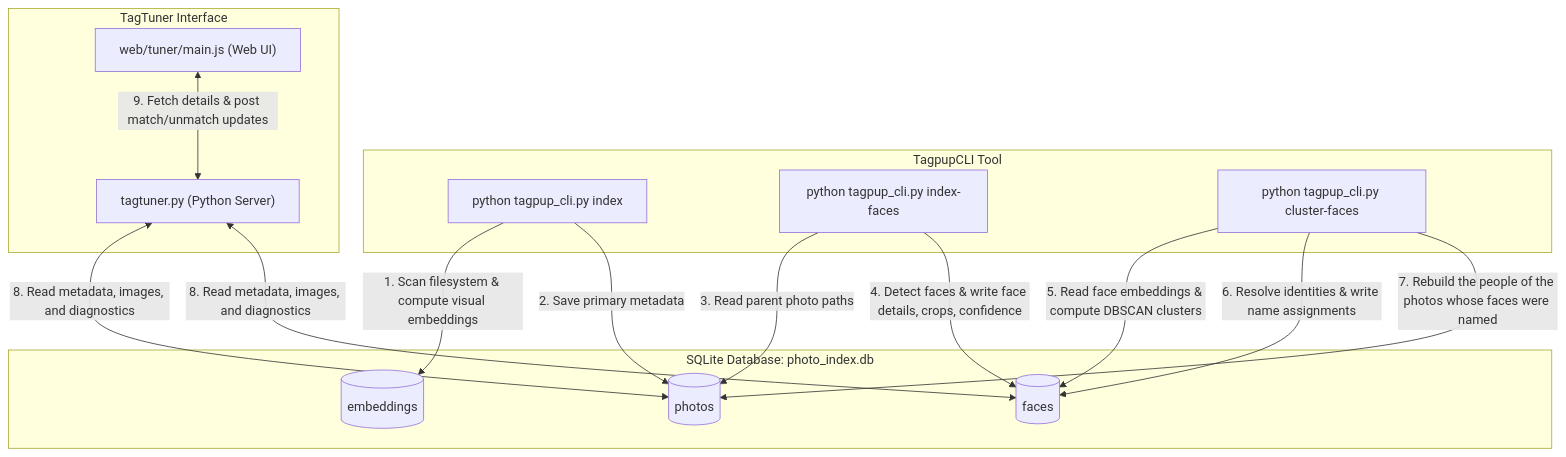
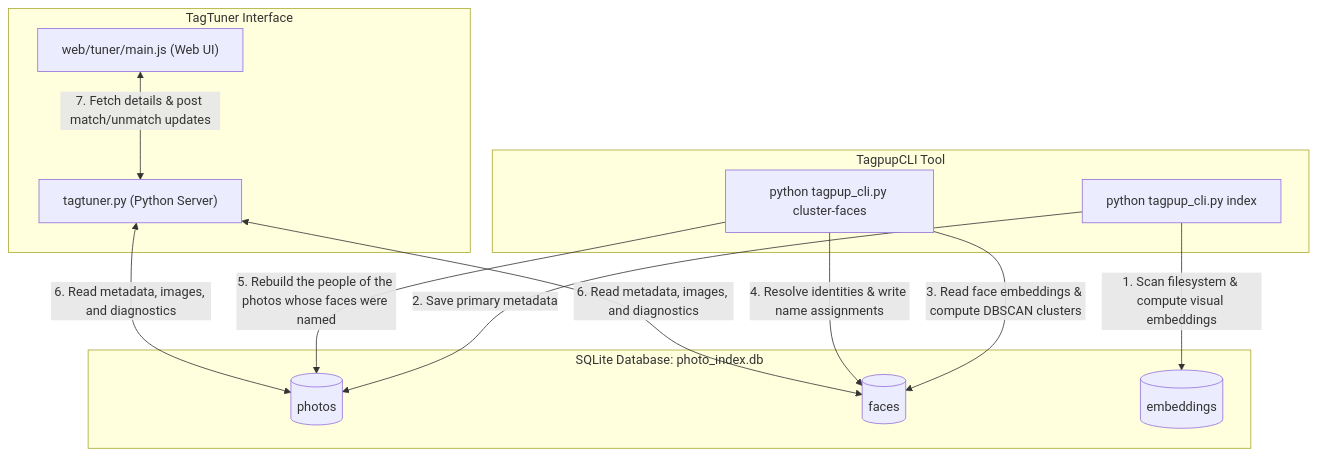
One commit to Wizoi/TagPup changed the second of 2 diagrams in docs/DATABASE.md. Above: the diagram before and after it, drawn with Mermaid. The commit also changed 10 other files, not shown here.

First line of the commit message:
Delete the CLI commands remove and index-faces, and PhotoIndex.remove_paths (owner, 2026-10-11)

````diff
--- a/docs/DATABASE.md
+++ b/docs/DATABASE.md
@@ -507,36 +507,31 @@
 ```mermaid
 flowchart TD
     subgraph CLI Commands [TagpupCLI Tool]
         A["python tagpup_cli.py index"]
-        B["python tagpup_cli.py index-faces"]
         C["python tagpup_cli.py cluster-faces"]
     end
 
     subgraph Web App [TagTuner Interface]
         D["tagtuner.py (Python Server)"]
         E["web/tuner/main.js (Web UI)"]
     end
 
     subgraph DB [SQLite Database: photo_index.db]
         T1[(photos)]
         T2[(faces)]
         T3[(embeddings)]
     end
 
     %% CLI Indexing Interactions
     A -->|1. Scan filesystem & compute visual embeddings| T3
     A -->|2. Save primary metadata| T1
     
-    %% CLI Face Extraction Interactions
-    B -->|3. Read parent photo paths| T1
-    B -->|4. Detect faces & write face details, crops, confidence| T2
-    
     %% CLI Identity Clustering Interactions
-    C -->|5. Read face embeddings & compute DBSCAN clusters| T2
-    C -->|6. Resolve identities & write name assignments| T2
-    C -->|7. Rebuild the people of the photos whose faces were named| T1
+    C -->|3. Read face embeddings & compute DBSCAN clusters| T2
+    C -->|4. Resolve identities & write name assignments| T2
+    C -->|5. Rebuild the people of the photos whose faces were named| T1
 
     %% Server & Web UI Interactions
-    D <-->|8. Read metadata, images, and diagnostics| T1 & T2
-    E <-->|9. Fetch details & post match/unmatch updates| D
+    D <-->|6. Read metadata, images, and diagnostics| T1 & T2
+    E <-->|7. Fetch details & post match/unmatch updates| D
 ```
````
